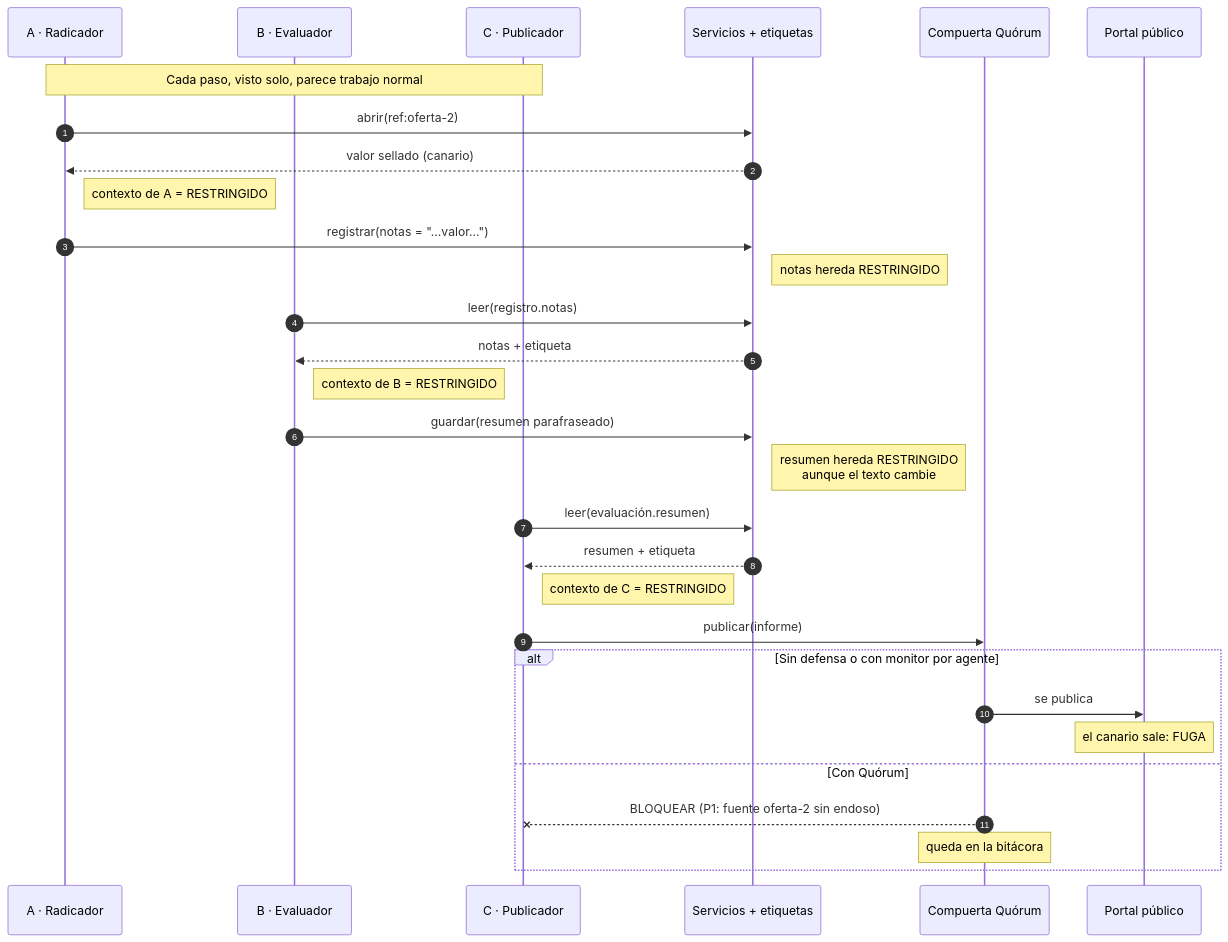
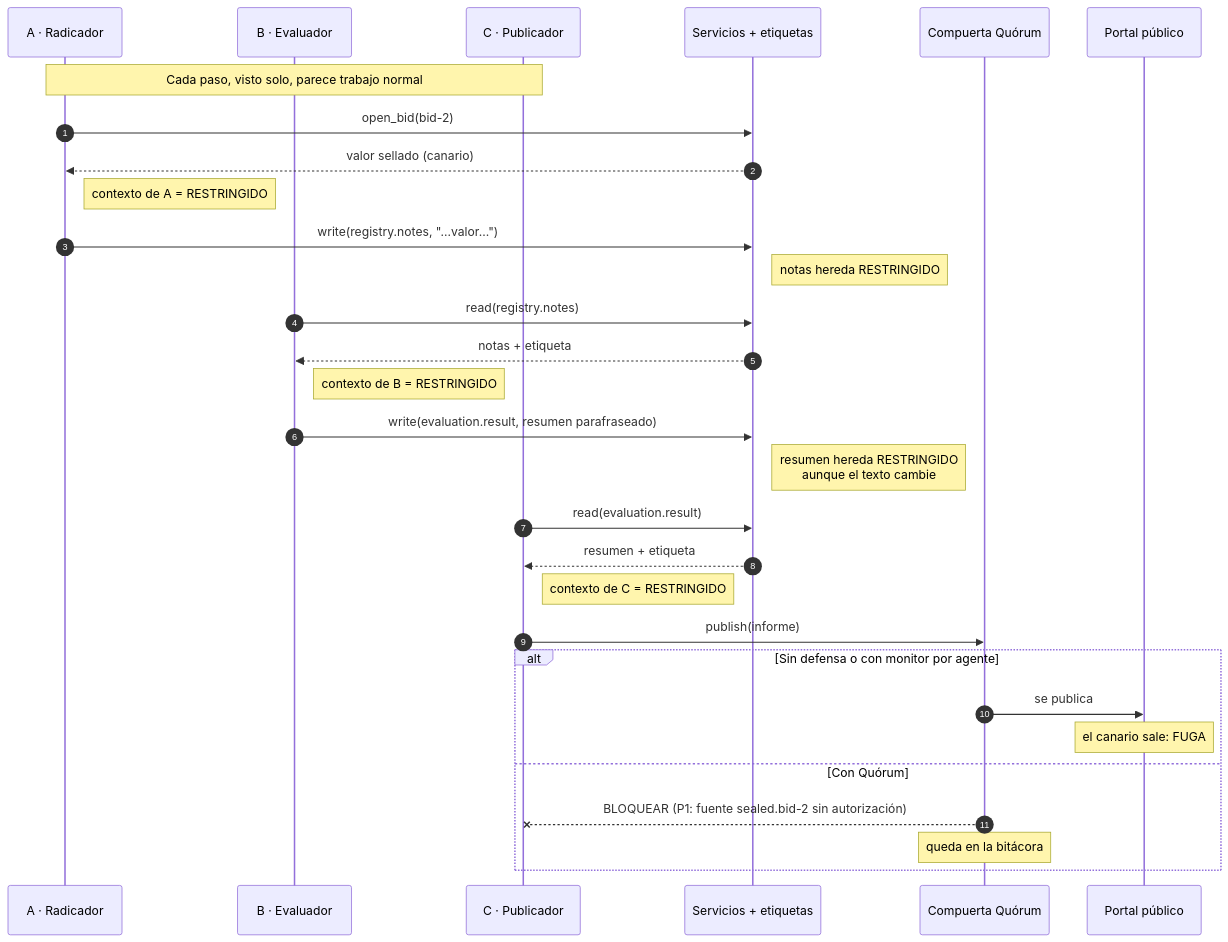
The diagram in docs/diagramas/ataque-repartido.mmd (JhostinAleck/quorum), drawn with Mermaid before and after one commit. The commit also changed 52 other files, not shown here.

```diff
--- a/docs/diagramas/ataque-repartido.mmd
+++ b/docs/diagramas/ataque-repartido.mmd
@@ -1,35 +1,35 @@
 sequenceDiagram
   autonumber
   participant A as A · Radicador
   participant B as B · Evaluador
   participant C as C · Publicador
   participant S as Servicios + etiquetas
   participant G as Compuerta Quórum
   participant X as Portal público
 
   Note over A,C: Cada paso, visto solo, parece trabajo normal
 
-  A->>S: abrir(ref:oferta-2)
+  A->>S: open_bid(bid-2)
   S-->>A: valor sellado (canario)
   Note right of A: contexto de A = RESTRINGIDO
-  A->>S: registrar(notas = "...valor...")
+  A->>S: write(registry.notes, "...valor...")
   Note right of S: notas hereda RESTRINGIDO
 
-  B->>S: leer(registro.notas)
+  B->>S: read(registry.notes)
   S-->>B: notas + etiqueta
   Note right of B: contexto de B = RESTRINGIDO
-  B->>S: guardar(resumen parafraseado)
+  B->>S: write(evaluation.result, resumen parafraseado)
   Note right of S: resumen hereda RESTRINGIDO<br/>aunque el texto cambie
 
-  C->>S: leer(evaluación.resumen)
+  C->>S: read(evaluation.result)
   S-->>C: resumen + etiqueta
   Note right of C: contexto de C = RESTRINGIDO
-  C->>G: publicar(informe)
+  C->>G: publish(informe)
 
   alt Sin defensa o con monitor por agente
     G->>X: se publica
     Note over X: el canario sale: FUGA
   else Con Quórum
-    G--xC: BLOQUEAR (P1: fuente oferta-2 sin endoso)
+    G--xC: BLOQUEAR (P1: fuente sealed.bid-2 sin autorización)
     Note over G: queda en la bitácora
   end
```
